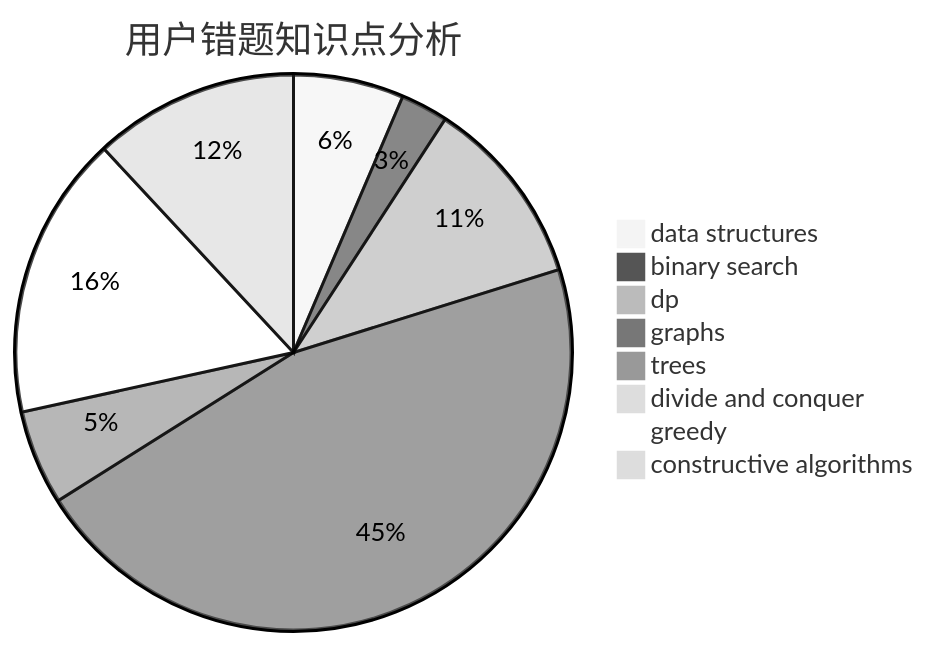
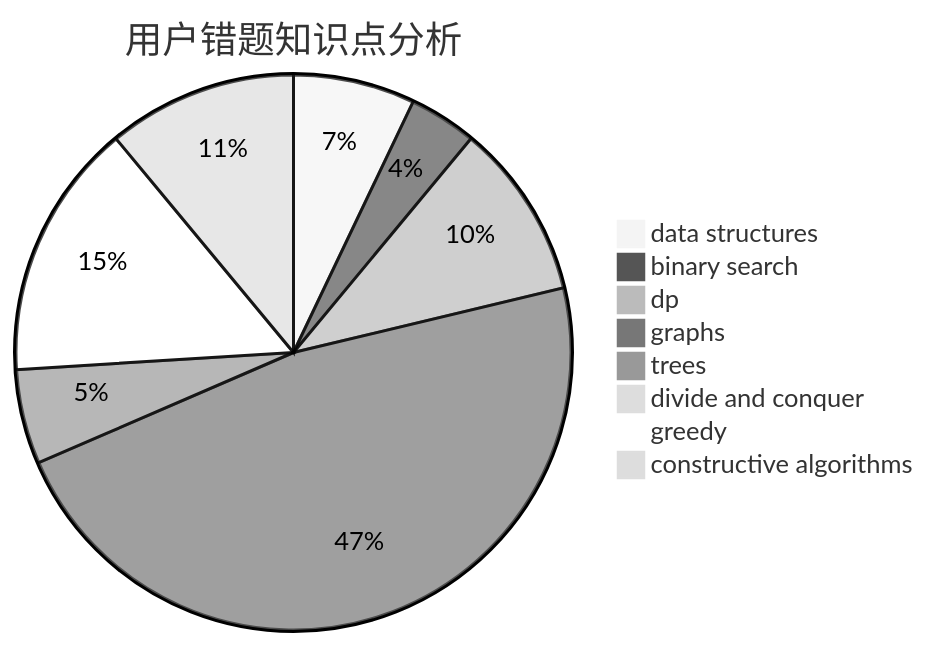
The third of 3 diagrams in docs/user/u1921.md (sherpahu/cfrs.github.io), drawn with Mermaid (neutral theme) before and after one commit. The commit also changed other lines of this file and 2770 other files, not shown here.

````diff
--- a/docs/user/u1921.md
+++ b/docs/user/u1921.md
@@ -36,11 +36,11 @@
 ```mermaid
 pie title 用户错题知识点分析
-    "data structures" :  7
-    "binary search" :  3
-    "dp" :  12
-    "graphs" :  50
-    "trees" :  6
+    "data structures" :  9
+    "binary search" :  5
+    "dp" :  13
+    "graphs" :  60
+    "trees" :  7
     "divide and conquer" :  1
-    "greedy" :  18
-    "constructive algorithms" :  13
+    "greedy" :  19
+    "constructive algorithms" :  14
 ```
````
